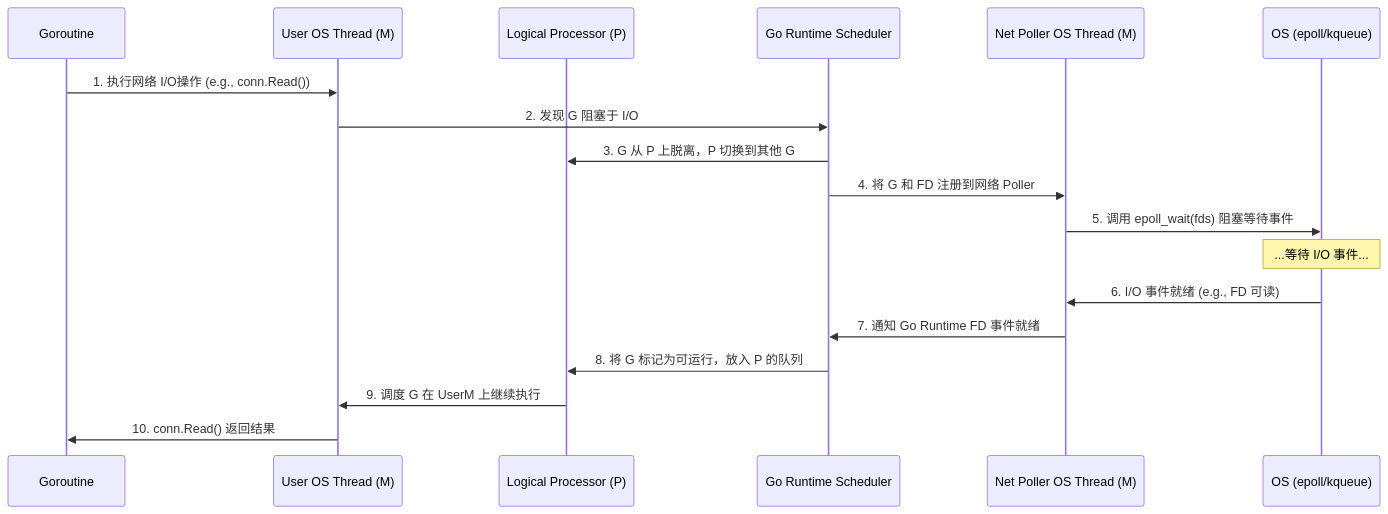
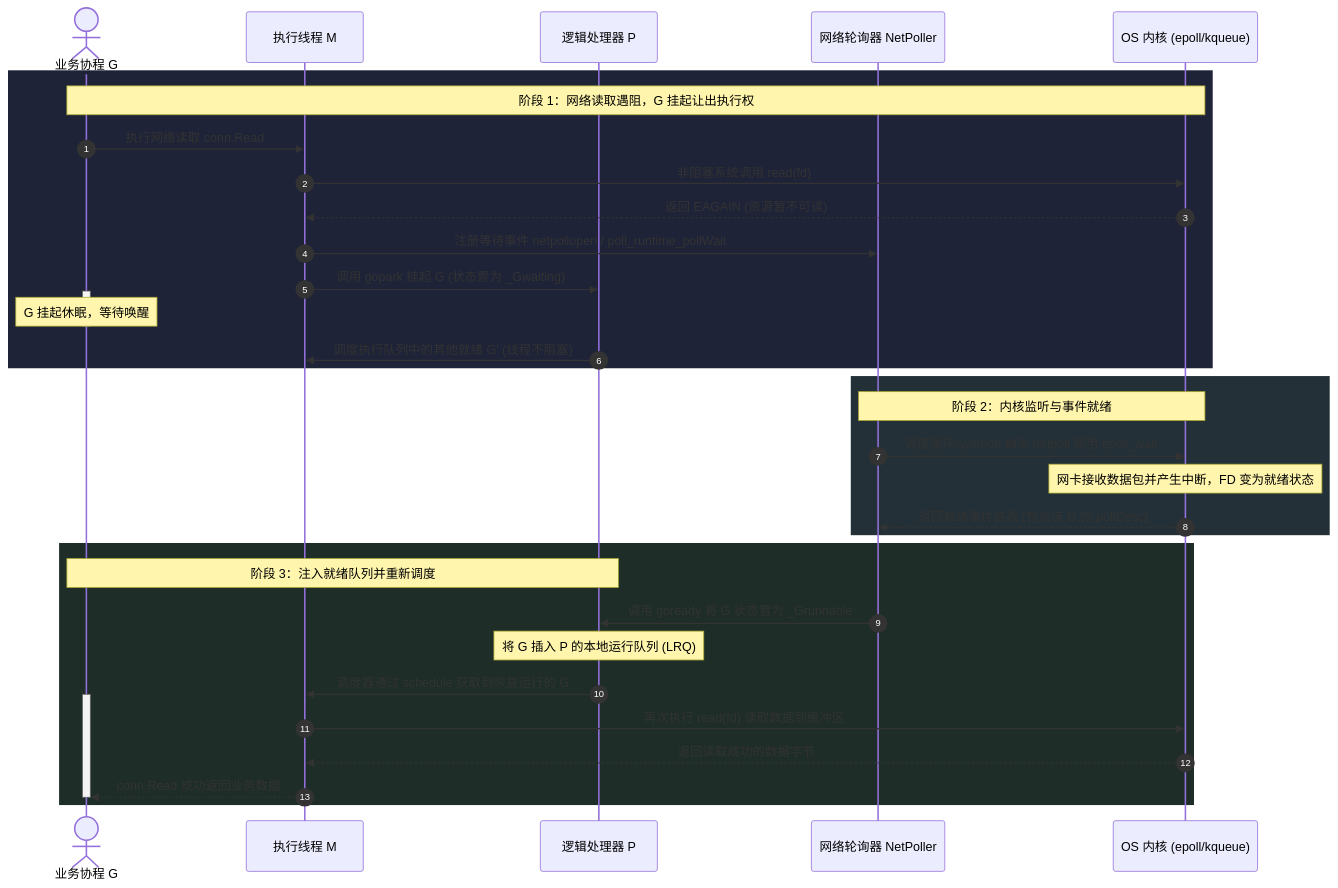
Before and after one commit to teatang/t-blog: the second of 2 diagrams in source/_posts/2025/2025-02-21_Golang 底层的多路复用和调度详解.md, drawn with Mermaid. The commit also changed other lines of this file and 7 other files, not shown here.

```diff
--- a/source/_posts/2025/2025-02-21_Golang 底层的多路复用和调度详解.md
+++ b/source/_posts/2025/2025-02-21_Golang 底层的多路复用和调度详解.md
@@ -136,21 +163,44 @@
 {% mermaid %}
 sequenceDiagram
-    participant G as Goroutine
-    participant UserM as User OS Thread (M)
-    participant P as Logical Processor (P)
-    participant GoRuntime as Go Runtime Scheduler
-    participant NetPollerM as Net Poller OS Thread (M)
-    participant OS as OS (epoll/kqueue)
+    autonumber
+    actor G as 业务协程 G
+    participant M as 执行线程 M
+    participant P as 逻辑处理器 P
+    participant NP as 网络轮询器 NetPoller
+    participant Kernel as OS 内核 (epoll/kqueue)
 
-    G->>UserM: 1. 执行网络 I/O操作 (e.g., conn.Read())
-    UserM->>GoRuntime: 2. 发现 G 阻塞于 I/O
-    GoRuntime->>P: 3. G 从 P 上脱离，P 切换到其他 G
-    GoRuntime->>NetPollerM: 4. 将 G 和 FD 注册到网络 Poller
-    NetPollerM->>OS: 5. 调用 epoll_wait(fds) 阻塞等待事件
-    Note over OS: ...等待 I/O 事件...
-    OS->>NetPollerM: 6. I/O 事件就绪 (e.g., FD 可读)
-    NetPollerM->>GoRuntime: 7. 通知 Go Runtime FD 事件就绪
-    GoRuntime->>P: 8. 将 G 标记为可运行，放入 P 的队列
-    P->>UserM: 9. 调度 G 在 UserM 上继续执行
-    UserM->>G: 10. conn.Read() 返回结果
+    %% 阶段 1：网络调用与挂起
+    rect rgb(30, 35, 55)
+        Note over G,Kernel: 阶段 1：网络读取遇阻，G 挂起让出执行权
+        G->>M: 执行网络读取 conn.Read
+        M->>Kernel: 非阻塞系统调用 read(fd)
+        Kernel-->>M: 返回 EAGAIN (资源暂不可读)
+        M->>NP: 注册等待事件 netpollopen / poll_runtime_pollWait
+        M->>P: 调用 gopark 挂起 G (状态置为 _Gwaiting)
+        activate G
+        Note over G: G 挂起休眠，等待唤醒
+        deactivate G
+        P->>M: 调度执行队列中的其他就绪 G' (线程不阻塞)
+    end
+
+    %% 阶段 2：等待与内核事件驱动
+    rect rgb(35, 48, 55)
+        Note over NP,Kernel: 阶段 2：内核监听与事件就绪
+        NP->>Kernel: 调度循环/sysmon 触发 netpoll 调用 epoll_wait
+        Note over Kernel: 网卡接收数据包并产生中断，FD 变为就绪状态
+        Kernel-->>NP: 返回就绪事件链表 (包含该 G 的 pollDesc)
+    end
+
+    %% 阶段 3：唤醒与恢复执行
+    rect rgb(30, 45, 40)
+        Note over G,P: 阶段 3：注入就绪队列并重新调度
+        NP->>P: 调用 goready 将 G 状态置为 _Grunnable
+        Note over P: 将 G 插入 P 的本地运行队列 (LRQ)
+        P->>M: 调度器通过 schedule 获取到恢复运行的 G
+        activate G
+        M->>Kernel: 再次执行 read(fd) 读取数据到缓冲区
+        Kernel-->>M: 返回读取成功的数据字节
+        M-->>G: conn.Read 成功返回业务数据
+        deactivate G
+    end
 {% endmermaid %}
```
